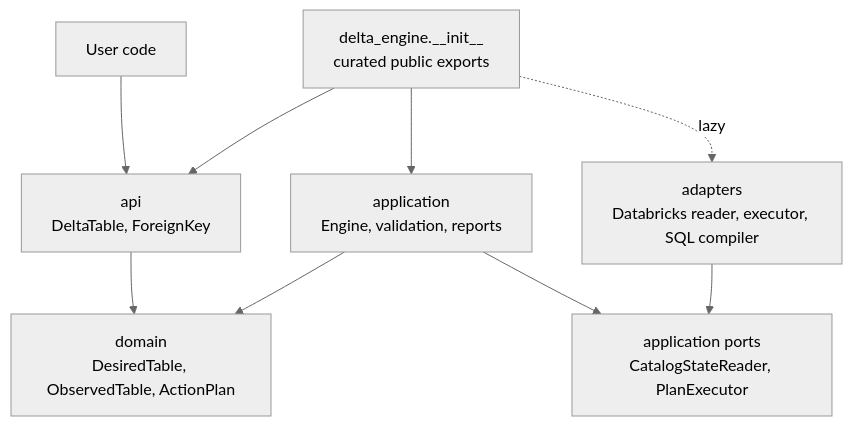
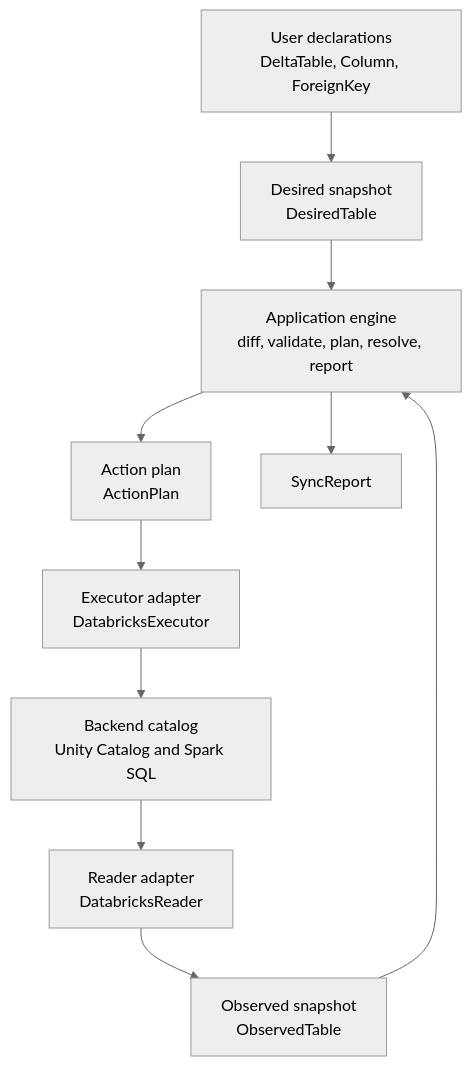
One commit to Tomoscorbin/delta-engine changed the first of 5 diagrams in docs/explanation-architecture.md. Above: the diagram before and after it, drawn with Mermaid (neutral theme). The commit also changed other lines of this file, not shown here.

Commit message:
Improve architecture explanation docs

````diff
--- a/docs/explanation-architecture.md
+++ b/docs/explanation-architecture.md
@@ -24,11 +28,22 @@
 ```mermaid
 flowchart TB
-    User[User code] --> API[api<br/>DeltaTable, ForeignKey]
-    API --> Domain[domain<br/>DesiredTable, ObservedTable, ActionPlan]
-    App[application<br/>Engine, validation, reports] --> Domain
-    Adapters[adapters<br/>Databricks reader, executor, SQL compiler] --> Ports[application ports<br/>CatalogStateReader, PlanExecutor]
-    App --> Ports
-    Public[delta_engine.__init__<br/>curated public exports] --> API
-    Public --> App
-    Public -. lazy .-> Adapters
+    User[User declarations<br/>DeltaTable, Column, ForeignKey]
+    Desired[Desired snapshot<br/>DesiredTable]
+    Reader[Reader adapter<br/>DatabricksReader]
+    Observed[Observed snapshot<br/>ObservedTable]
+    Engine[Application engine<br/>diff, validate, plan, resolve, report]
+    Plan[Action plan<br/>ActionPlan]
+    Executor[Executor adapter<br/>DatabricksExecutor]
+    Backend[Backend catalog<br/>Unity Catalog and Spark SQL]
+    Report[SyncReport]
+
+    User --> Desired
+    Backend --> Reader
+    Reader --> Observed
+    Desired --> Engine
+    Observed --> Engine
+    Engine --> Plan
+    Plan --> Executor
+    Executor --> Backend
+    Engine --> Report
 ```
````
